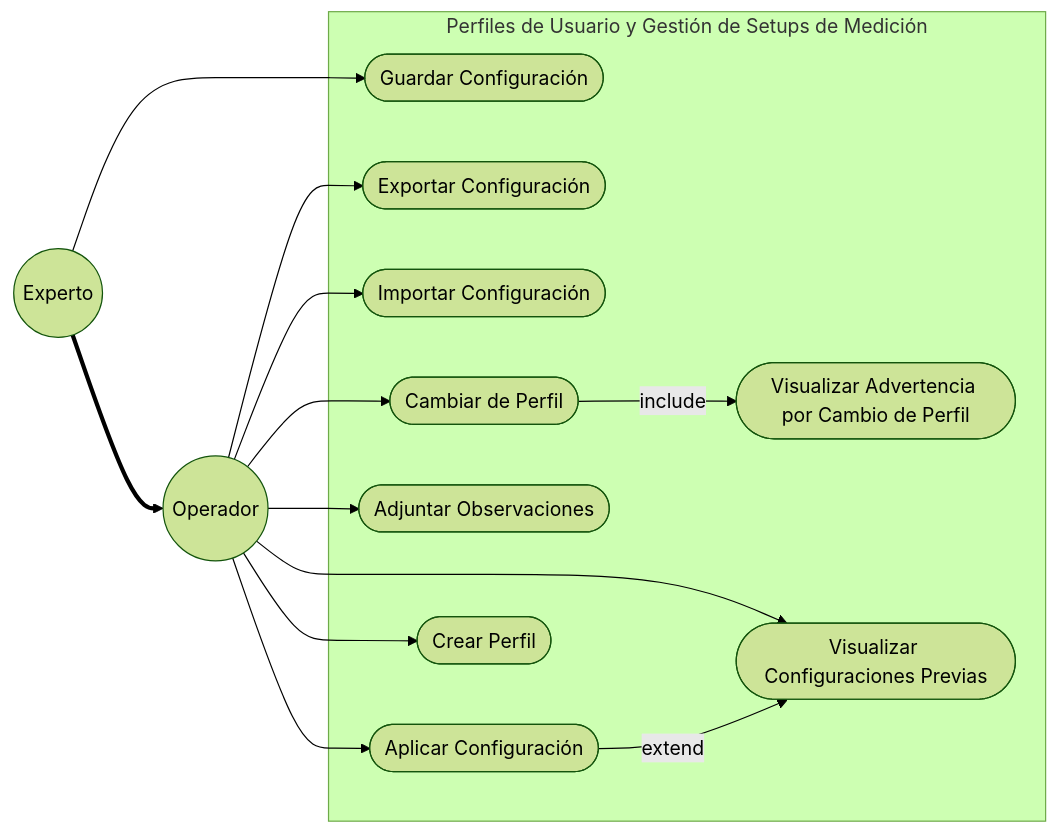
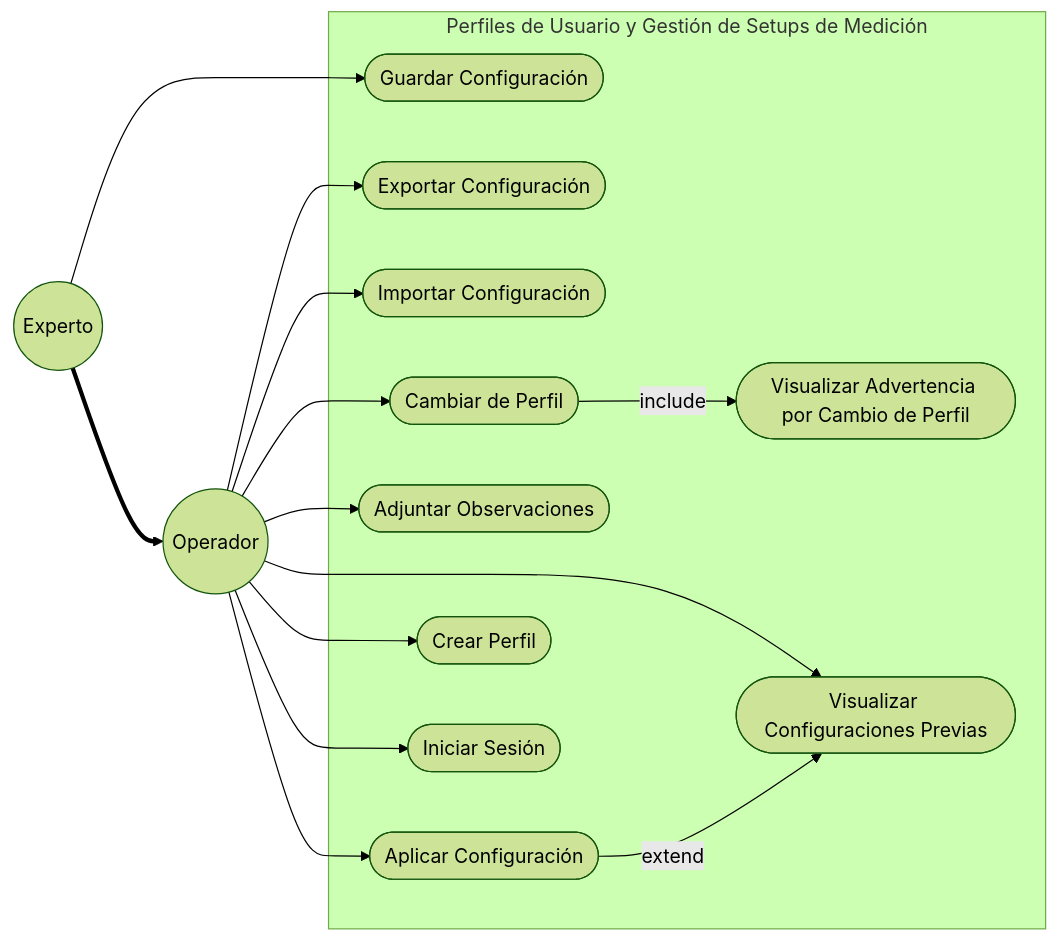
The fifth of 6 diagrams in Gmini-MarkDown/Casos de Uso.md (alegrelias/Repo-GMini), drawn with Mermaid (forest theme) before and after one commit. The commit also changed other lines of this file and 2 other files, not shown here.

Commit message:
Se modifica diagrama de CU del subistema 1 para mantener coherencia con la definición

````diff
--- a/Gmini-MarkDown/Casos de Uso.md
+++ b/Gmini-MarkDown/Casos de Uso.md
@@ -101,36 +111,38 @@
 ```mermaid
 flowchart LR
 %% Actores
 Operador((Operador))
 Experto((Experto))
 
 subgraph Perfiles de Usuario y Gestión de Setups de Medición
 	CU1([Guardar Configuración])
 	CU2([Exportar Configuración])
 	CU3([Importar Configuración])
 	CU4([Aplicar Configuración])
 	CU5([Adjuntar Observaciones])
 	CU6([Cambiar de Perfil])
 	CU7([Visualizar Advertencia por Cambio de Perfil])
 	CU8([Visualizar Configuraciones Previas])
 	CU9([Crear Perfil])
+	CU10([Iniciar Sesión])
 end
 
 %% Jerarquía
 Experto ==> Operador
 
 %% Asociaciones
 Experto --> CU1
 Operador --> CU2
 Operador --> CU3
 Operador --> CU4
 Operador --> CU8
 Operador --> CU5
 Operador --> CU6
 Operador --> CU9
+Operador --> CU10
 
 
 %% Relaciones Include/Extend
 CU6 --include--> CU7
 CU4 --extend--> CU8
 ```
````
